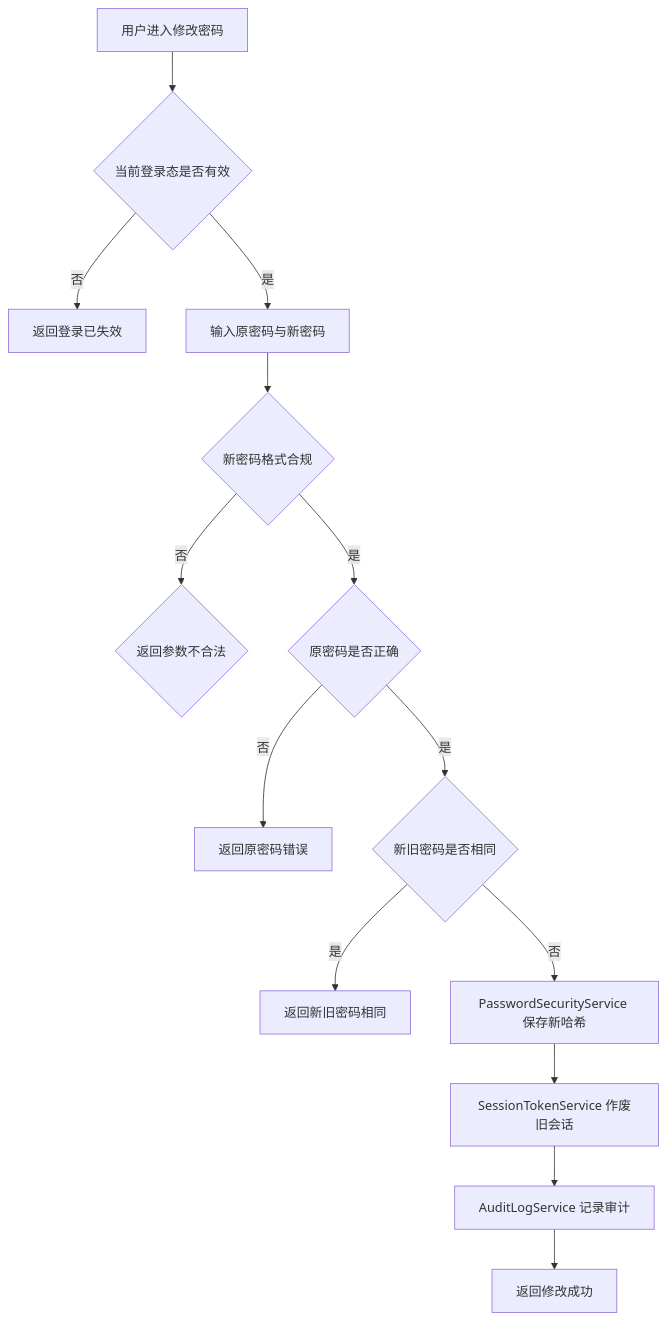
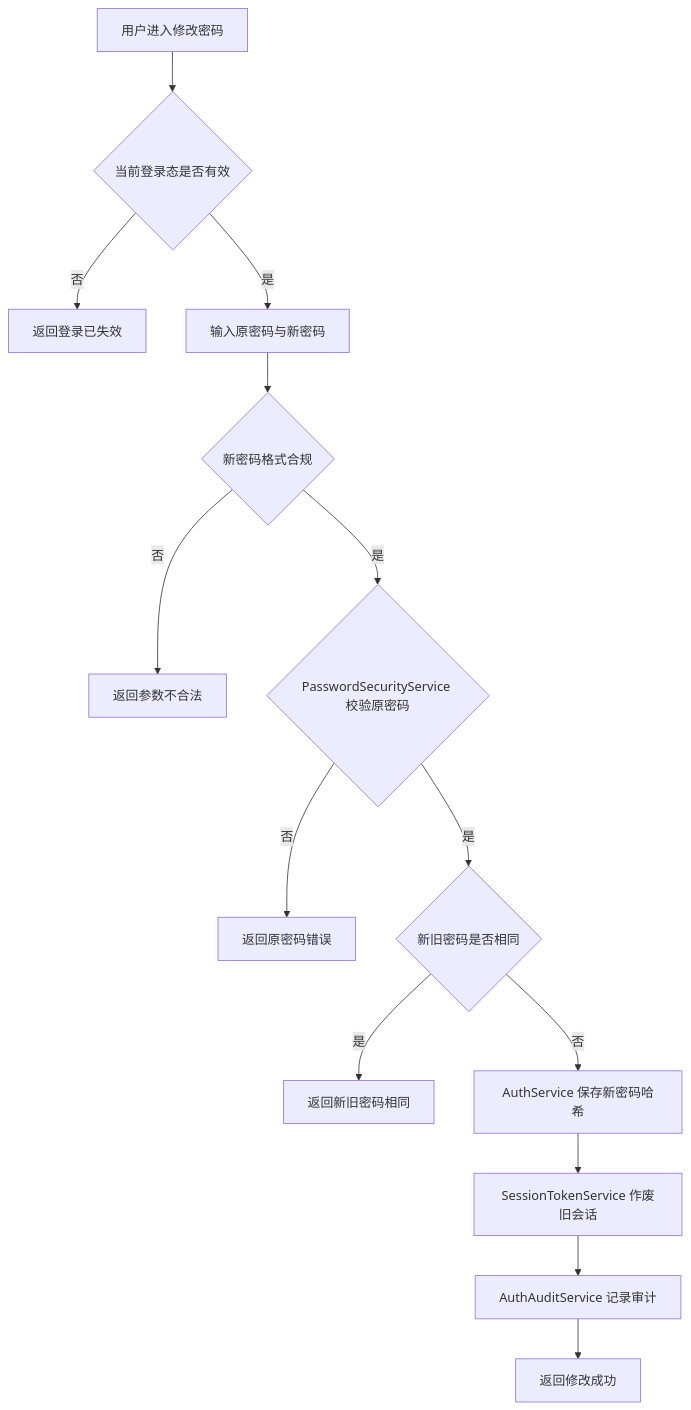
Diagram 29 of 31 in docs/最终提交/软件概要设计说明书.md (Cr4zyorange/OnlineJudge), drawn with Mermaid before and after one commit. The commit also changed other lines of this file and 50 other files, not shown here.

First line of the commit message:
docs(auth): 按终审意见返工场景拆解、图组重绘与 E2E 断言

````diff
--- a/docs/最终提交/软件概要设计说明书.md
+++ b/docs/最终提交/软件概要设计说明书.md
@@ -1968,16 +2184,16 @@
 ```mermaid
 flowchart TD
     Start[用户进入修改密码] --> Auth{当前登录态是否有效}
     Auth -->|否| Expired[返回登录已失效]
     Auth -->|是| Input[输入原密码与新密码]
     Input --> Format{新密码格式合规}
-    Format -->|否| Bad{返回参数不合法}
-    Format -->|是| Old{原密码是否正确}
+    Format -->|否| FormatFail[返回参数不合法]
+    Format -->|是| Old{PasswordSecurityService 校验原密码}
     Old -->|否| OldFail[返回原密码错误]
     Old -->|是| Same{新旧密码是否相同}
     Same -->|是| SameFail[返回新旧密码相同]
-    Same -->|否| Save[PasswordSecurityService 保存新哈希]
+    Same -->|否| Save[AuthService 保存新密码哈希]
     Save --> Revoke[SessionTokenService 作废旧会话]
-    Revoke --> Audit[AuditLogService 记录审计]
+    Revoke --> Audit[AuthAuditService 记录审计]
     Audit --> Done[返回修改成功]
 ```
````
